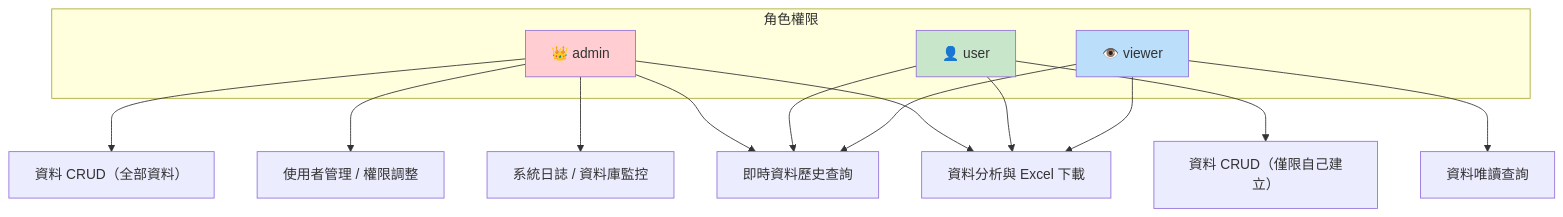
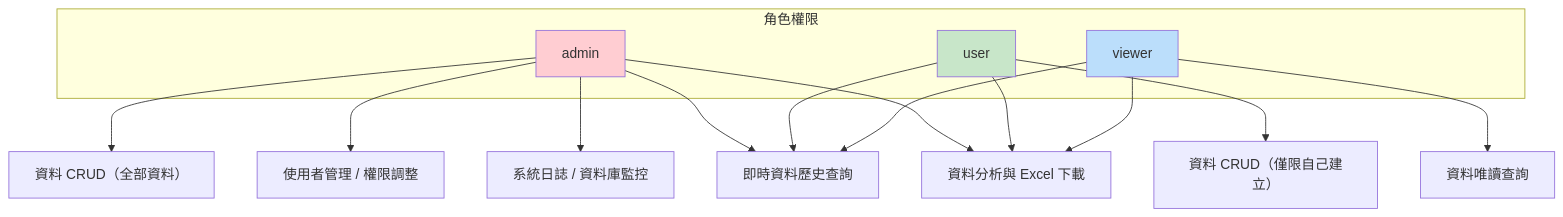
Before and after one commit to a9781ht/Realtime-Analytics-Monitoring-Platform: the sixth of 7 diagrams in docs/architecture.md, drawn with Mermaid. The commit also changed other lines of this file and 1 other file, not shown here.

Commit message:
docs: drop decorative emoji and repair table of contents anchors

````diff
--- a/docs/architecture.md
+++ b/docs/architecture.md
@@ -208,26 +208,26 @@
 ```mermaid
 graph TD
     subgraph Roles["角色權限"]
-        Admin["👑 admin"]
-        User["👤 user"]
-        Viewer["👁️ viewer"]
+        Admin["admin"]
+        User["user"]
+        Viewer["viewer"]
     end
 
     Admin --> P1["資料 CRUD（全部資料）"]
     Admin --> P2["使用者管理 / 權限調整"]
     Admin --> P3["系統日誌 / 資料庫監控"]
     Admin --> P4["即時資料歷史查詢"]
     Admin --> P5["資料分析與 Excel 下載"]
 
     User --> P6["資料 CRUD（僅限自己建立）"]
     User --> P5
     User --> P4
 
     Viewer --> P7["資料唯讀查詢"]
     Viewer --> P5
     Viewer --> P4
 
     style Admin fill:#FFCDD2
     style User fill:#C8E6C9
     style Viewer fill:#BBDEFB
 ```
````
